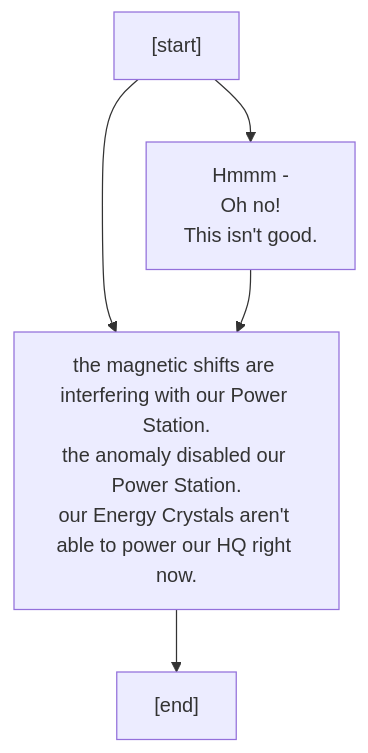
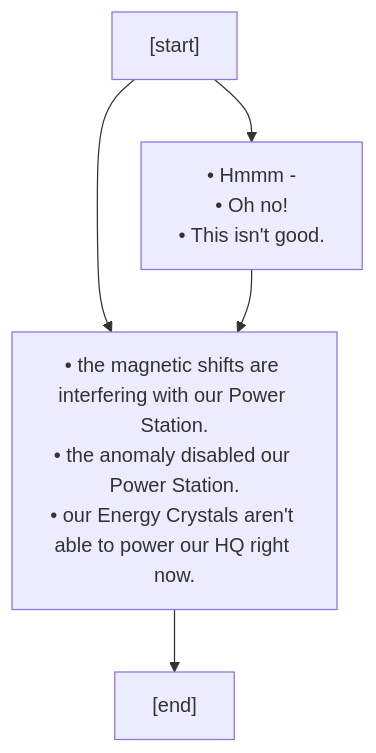
The second of 14 diagrams in src/core/lore/graphs/events.md (charredUtensil/groundhog), drawn with Mermaid before and after one commit. The commit also changed other lines of this file and 7 other files, not shown here.

````diff
--- a/src/core/lore/graphs/events.md
+++ b/src/core/lore/graphs/events.md
@@ -22,11 +22,11 @@
 ```mermaid
 flowchart TD;
 P0["[start]"]
 P0 --> P1
 P0 --> P2
-P1["Hmmm -<br/>Oh no!<br/>This isn't good."]
+P1["&bull; Hmmm -<br/>&bull; Oh no!<br/>&bull; This isn't good."]
 P1 --> P2
-P2["the magnetic shifts are interfering with our Power Station.<br/>the anomaly disabled our Power Station.<br/>our Energy Crystals aren't able to power our HQ right now."]
+P2["&bull; the magnetic shifts are interfering with our Power Station.<br/>&bull; the anomaly disabled our Power Station.<br/>&bull; our Energy Crystals aren't able to power our HQ right now."]
 P2 --> P3
 P3["[end]"]
 ```
````
